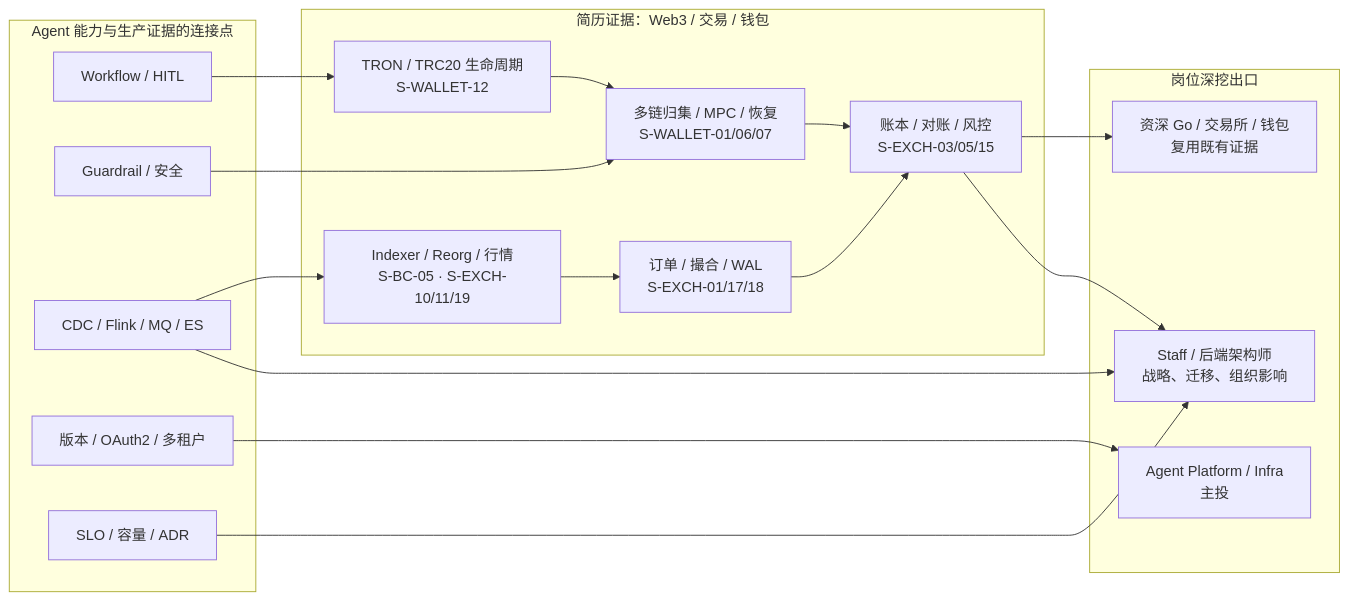
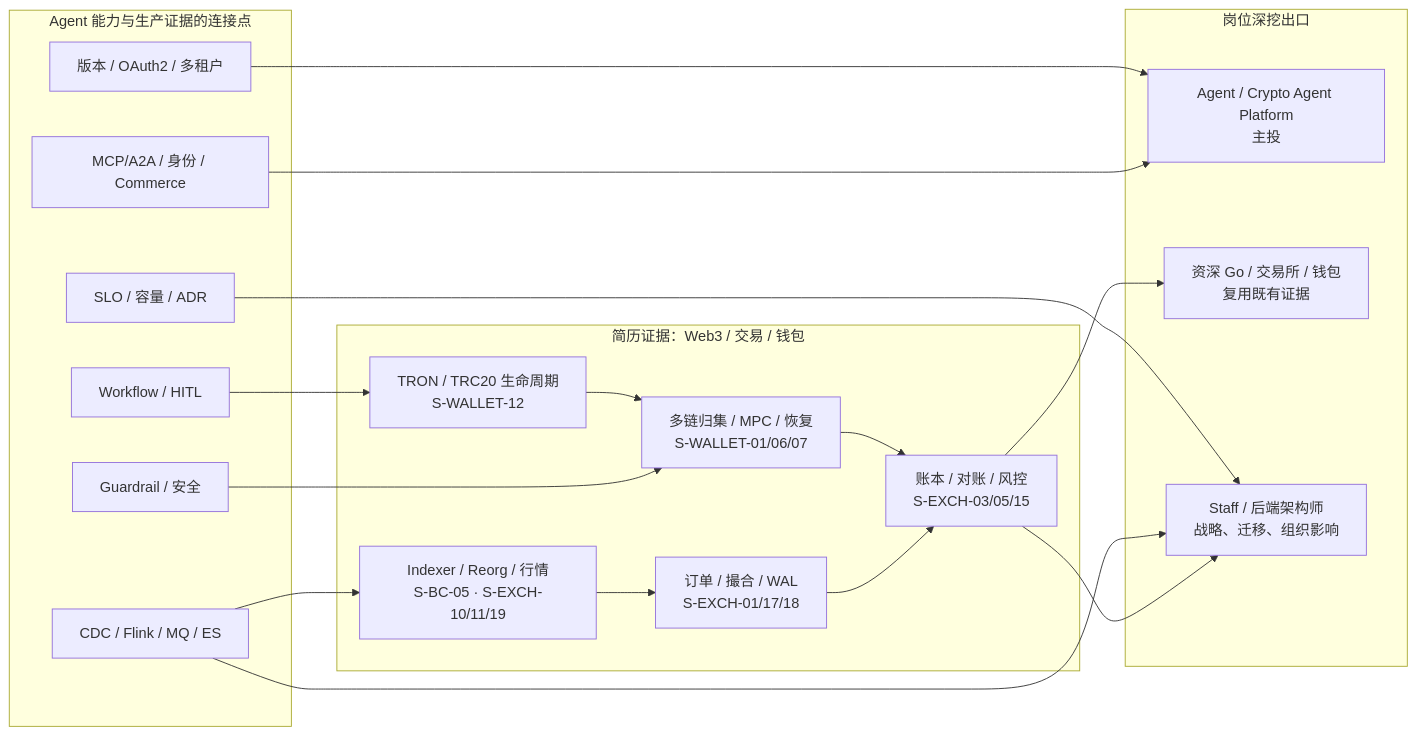
One commit to twodog-tt/Golang-development-manual changed the second of 2 diagrams in docs/interview/_meta/p0-knowledge-graph.md. Above: the diagram before and after it, drawn with Mermaid. The commit also changed other lines of this file and 20 other files, not shown here.

Commit message:
docs: add crypto agent ecosystem interview track

````diff
--- a/docs/interview/_meta/p0-knowledge-graph.md
+++ b/docs/interview/_meta/p0-knowledge-graph.md
@@ -98,35 +100,37 @@
 ```mermaid
 flowchart LR
   subgraph Bridge["Agent 能力与生产证据的连接点"]
     Workflow["Workflow / HITL"]
     Guardrail["Guardrail / 安全"]
     Data["CDC / Flink / MQ / ES"]
     Platform["版本 / OAuth2 / 多租户"]
+    Economy["MCP/A2A / 身份 / Commerce"]
     Architecture["SLO / 容量 / ADR"]
   end
 
   subgraph C["简历证据：Web3 / 交易 / 钱包"]
     C1["TRON / TRC20 生命周期<br/>S-WALLET-12"]
     C2["多链归集 / MPC / 恢复<br/>S-WALLET-01/06/07"]
     C3["Indexer / Reorg / 行情<br/>S-BC-05 · S-EXCH-10/11/19"]
     C4["订单 / 撮合 / WAL<br/>S-EXCH-01/17/18"]
     C5["账本 / 对账 / 风控<br/>S-EXCH-03/05/15"]
     C1 --> C2 --> C5
     C3 --> C4 --> C5
   end
 
   subgraph D["岗位深挖出口"]
-    D1["Agent Platform / Infra<br/>主投"]
+    D1["Agent / Crypto Agent Platform<br/>主投"]
     D2["资深 Go / 交易所 / 钱包<br/>复用既有证据"]
     D3["Staff / 后端架构师<br/>战略、迁移、组织影响"]
   end
 
   Workflow --> C1
   Guardrail --> C2
   Data --> C3
   Platform --> D1
+  Economy --> D1
   C5 --> D2
   Architecture --> D3
   Data --> D3
   C5 --> D3
 ```
````
